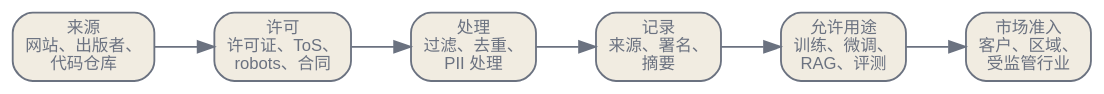
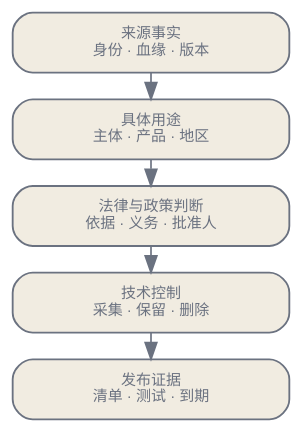
One commit to latere-ai/ai-as-an-infrastructure changed the diagram in zh/ecosystem/07-data-rights-economics.qmd. Above: the diagram before and after it, drawn with Graphviz. The commit also changed other lines of this file and 2 other files, not shown here.

````diff
--- a/zh/ecosystem/07-data-rights-economics.qmd
+++ b/zh/ecosystem/07-data-rights-economics.qmd
@@ -13,20 +33,21 @@
 ```{dot}
 //| label: fig-data-rights-ledger
-//| fig-cap: "并列于词元账的数据权利账。训练语料需要规模，生产语料还需要来源、许可、文档与合同姿态。"
+//| fig-cap: "权利判断从可观察的来源事实开始，最后形成发布证据。任何重大变化都会让资产重新进入复核。"
 digraph data_rights_ledger {
   bgcolor="transparent";
-  rankdir=LR;
-  nodesep=0.35; ranksep=0.5;
-  node [shape=box, style="rounded,filled", fontname="Helvetica", fontsize=10, color="#6b7280", fontcolor="#6b7280", fillcolor="#f1ece1", penwidth=1.1];
-  edge [fontsize=9, fontname="Helvetica", color="#6b7280", fontcolor="#6b7280"];
+  rankdir=TB;
+  nodesep=0.14; ranksep=0.22;
+  node [shape=box, style="rounded,filled", fontname="Helvetica", fontsize=9,
+        color="#6b7280", fontcolor="#6b7280", fillcolor="#f1ece1",
+        width=2.30, penwidth=1.1];
+  edge [fontsize=8, fontname="Helvetica", color="#6b7280", fontcolor="#6b7280"];
 
-  source [label="来源\n网站、出版者、\n代码仓库"];
-  consent [label="许可\n许可证、ToS、\nrobots、合同"];
-  processing [label="处理\n过滤、去重、\nPII 处理"];
-  record [label="记录\n来源、署名、\n摘要"];
-  use [label="允许用途\n训练、微调、\nRAG、评测"];
-  market [label="市场准入\n客户、区域、\n受监管行业"];
+  facts [label="来源事实\n身份 · 血缘 · 版本"];
+  use [label="具体用途\n主体 · 产品 · 地区"];
+  decision [label="法律与政策判断\n依据 · 义务 · 批准人"];
+  controls [label="技术控制\n采集 · 保留 · 删除"];
+  evidence [label="发布证据\n清单 · 测试 · 到期"];
 
-  source -> consent -> processing -> record -> use -> market;
+  facts -> use -> decision -> controls -> evidence;
 }
 ```
````
